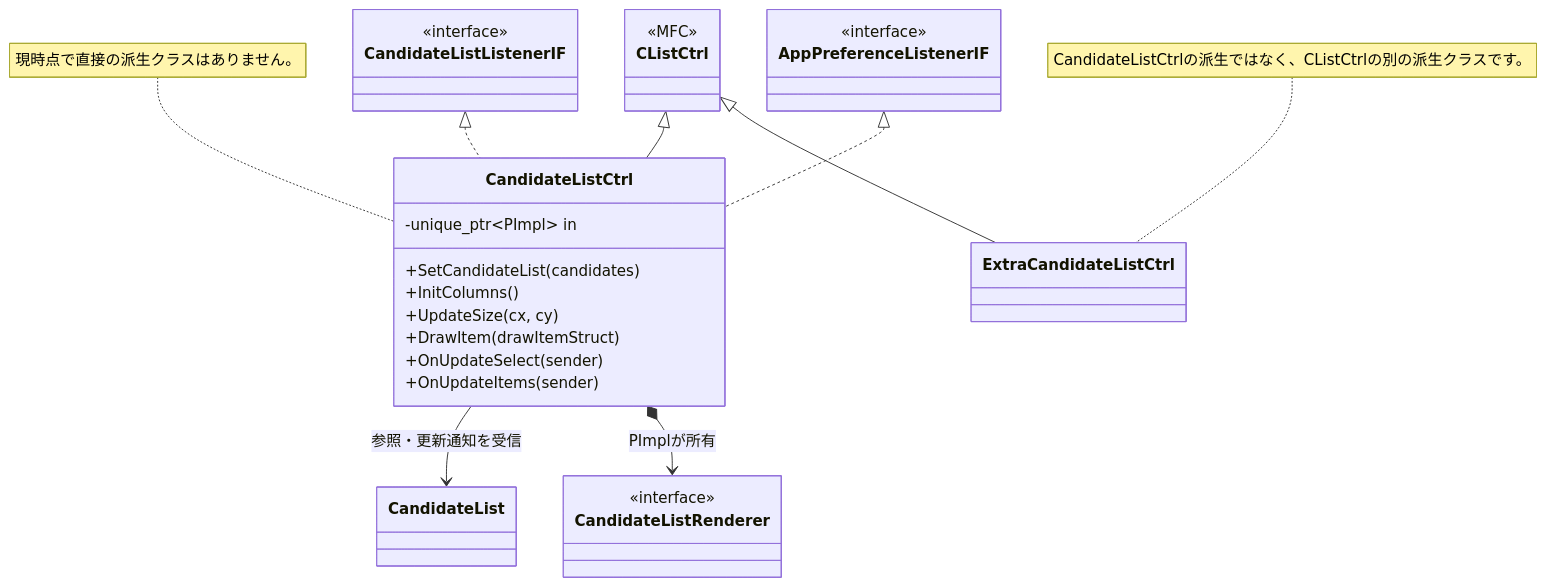
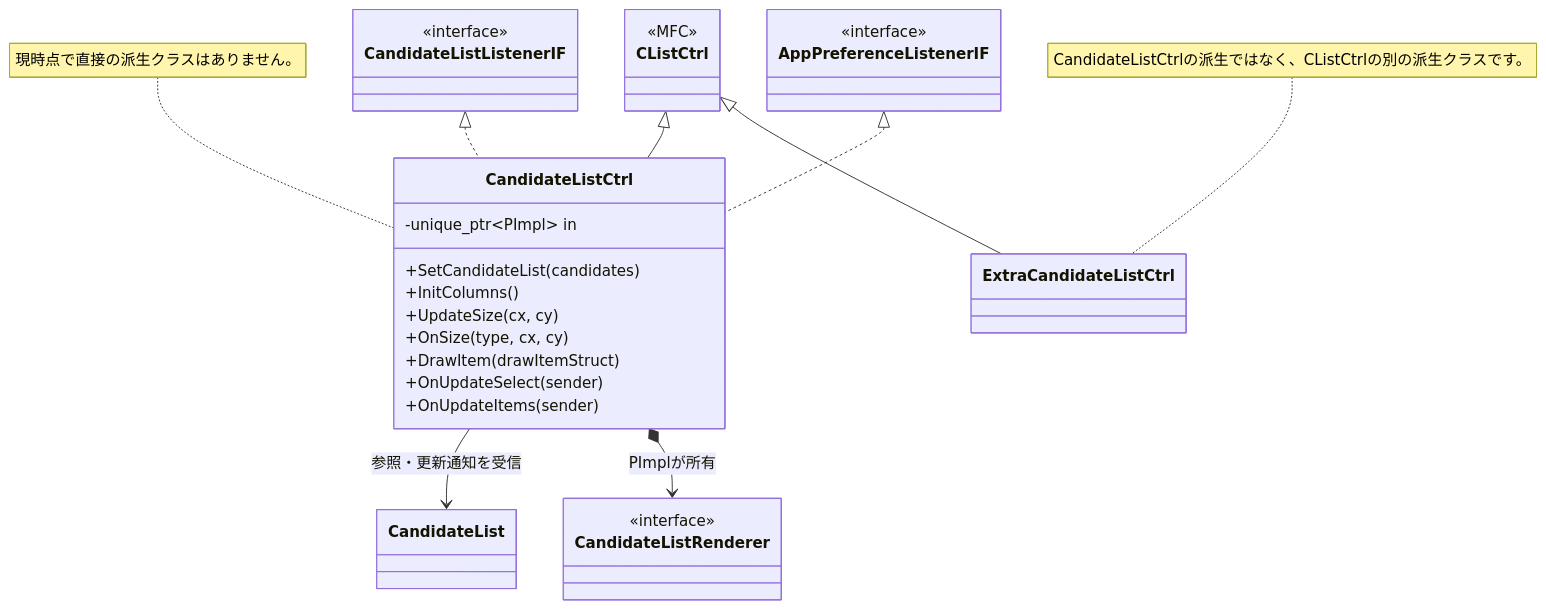
One commit to ampmmn/Soyokaze changed the first of 2 diagrams in src/soyokaze/features/main/README.md. Above: the diagram before and after it, drawn with Mermaid. The commit also changed other lines of this file and 35 other files, not shown here.

````diff
--- a/src/soyokaze/features/main/README.md
+++ b/src/soyokaze/features/main/README.md
@@ -41,39 +42,40 @@
 ```mermaid
 classDiagram
     class CListCtrl {
         <<MFC>>
     }
     class CandidateListListenerIF {
         <<interface>>
     }
     class AppPreferenceListenerIF {
         <<interface>>
     }
     class CandidateListCtrl {
         -unique_ptr~PImpl~ in
         +SetCandidateList(candidates)
         +InitColumns()
         +UpdateSize(cx, cy)
+        +OnSize(type, cx, cy)
         +DrawItem(drawItemStruct)
         +OnUpdateSelect(sender)
         +OnUpdateItems(sender)
     }
 
     class CandidateListRenderer {
         <<interface>>
     }
     class CandidateList
     class ExtraCandidateListCtrl
 
     CListCtrl <|-- CandidateListCtrl
     CandidateListListenerIF <|.. CandidateListCtrl
     AppPreferenceListenerIF <|.. CandidateListCtrl
 
     CandidateListCtrl --> CandidateList : 参照・更新通知を受信
     CandidateListCtrl *--> CandidateListRenderer : PImplが所有
 
     CListCtrl <|-- ExtraCandidateListCtrl
 
     note for CandidateListCtrl "現時点で直接の派生クラスはありません。"
     note for ExtraCandidateListCtrl "CandidateListCtrlの派生ではなく、CListCtrlの別の派生クラスです。"
 ```
````
